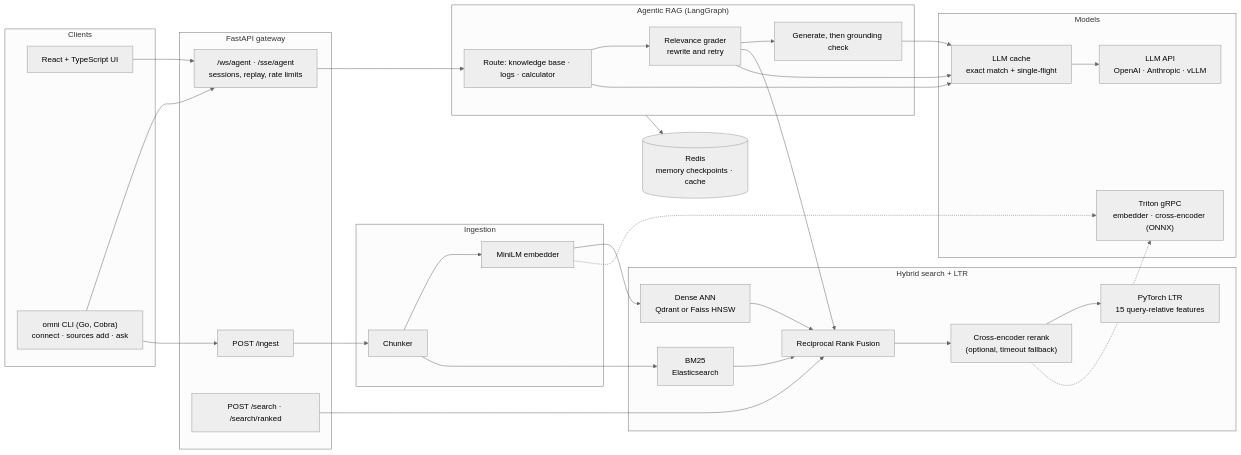
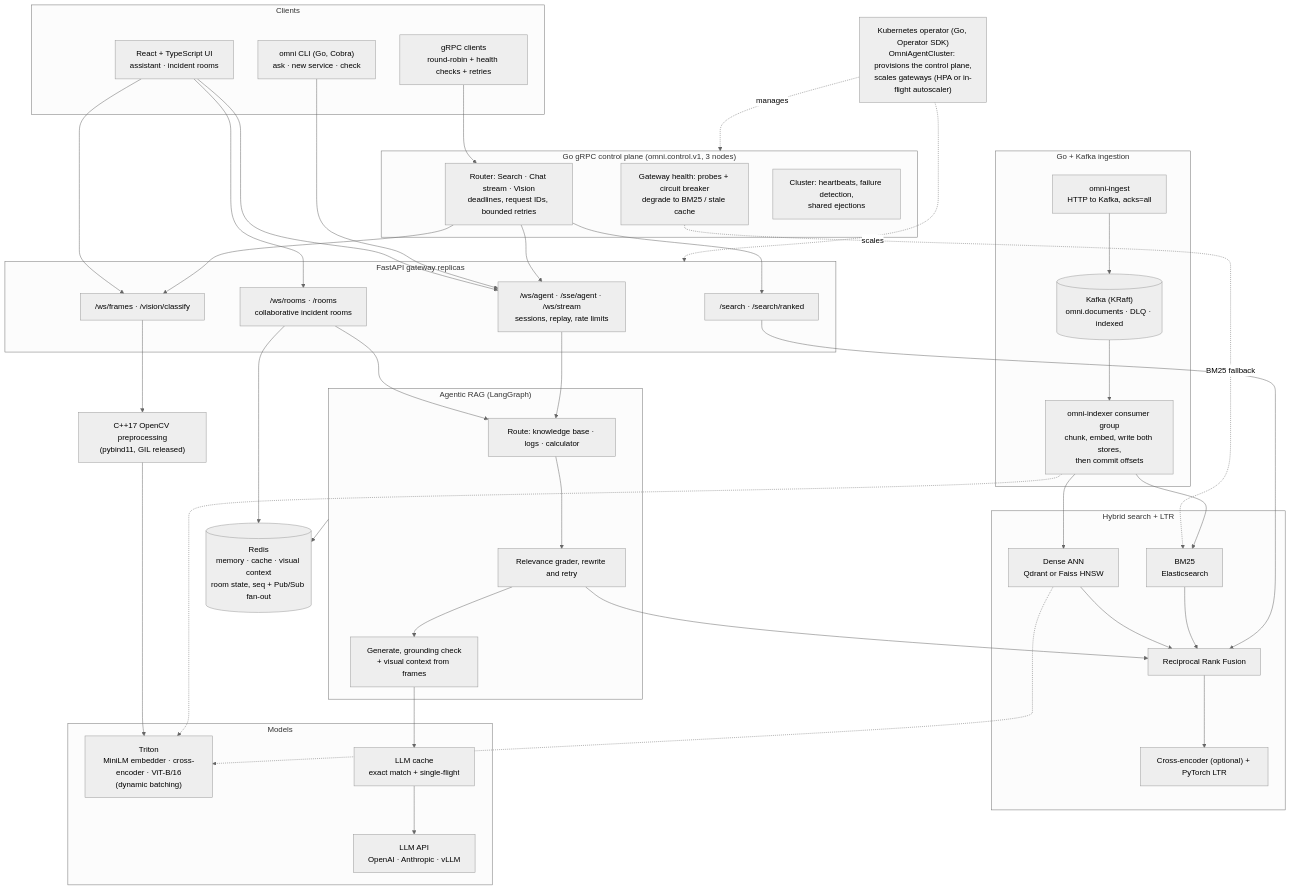
Before and after one commit to JCHETAN26/Omni-agent: the diagram in README.md, drawn with Mermaid (neutral theme). The commit also changed other lines of this file and 64 other files, not shown here.

````diff
--- a/README.md
+++ b/README.md
@@ -26,60 +30,82 @@
 ```mermaid
-flowchart LR
+flowchart TB
     subgraph Clients
-        UI["React + TypeScript UI"]
-        CLI["omni CLI (Go, Cobra)<br/>connect · sources add · ask"]
+        UI["React + TypeScript UI<br/>assistant · incident rooms"]
+        CLI["omni CLI (Go, Cobra)<br/>ask · new service · check"]
+        GRPCC["gRPC clients<br/>round-robin + health checks + retries"]
     end
 
-    subgraph Gateway["FastAPI gateway"]
-        WS["/ws/agent · /sse/agent<br/>sessions, replay, rate limits"]
-        ING["POST /ingest"]
-        SRCH["POST /search · /search/ranked"]
+    subgraph CP["Go gRPC control plane (omni.control.v1, 3 nodes)"]
+        ROUTER["Router: Search · Chat stream · Vision<br/>deadlines, request IDs, bounded retries"]
+        HEALTH["Gateway health: probes + circuit breaker<br/>degrade to BM25 / stale cache"]
+        PEERS["Cluster: heartbeats, failure detection,<br/>shared ejections"]
     end
 
-    subgraph Ingestion
-        CHUNK["Chunker"] --> EMB["MiniLM embedder"]
+    OP["Kubernetes operator (Go, Operator SDK)<br/>OmniAgentCluster: provisions the control plane,<br/>scales gateways (HPA or in-flight autoscaler)"]
+
+    subgraph Gateway["FastAPI gateway replicas"]
+        WS["/ws/agent · /sse/agent · /ws/stream<br/>sessions, replay, rate limits"]
+        ROOMS["/ws/rooms · /rooms<br/>collaborative incident rooms"]
+        FRAMES["/ws/frames · /vision/classify"]
+        SRCH["/search · /search/ranked"]
+    end
+
+    PRE["C++17 OpenCV preprocessing<br/>(pybind11, GIL released)"]
+
+    subgraph Ingest["Go + Kafka ingestion"]
+        OI["omni-ingest<br/>HTTP to Kafka, acks=all"]
+        KAFKA[("Kafka (KRaft)<br/>omni.documents · DLQ · indexed")]
+        IDX["omni-indexer consumer group<br/>chunk, embed, write both stores,<br/>then commit offsets"]
+        OI --> KAFKA --> IDX
     end
 
     subgraph Search["Hybrid search + LTR"]
         DENSE["Dense ANN<br/>Qdrant or Faiss HNSW"]
         BM25["BM25<br/>Elasticsearch"]
         RRF["Reciprocal Rank Fusion"]
-        CE["Cross-encoder rerank<br/>(optional, timeout fallback)"]
-        LTR["PyTorch LTR<br/>15 query-relative features"]
+        LTR["Cross-encoder (optional) + PyTorch LTR"]
         DENSE --> RRF
         BM25 --> RRF
-        RRF --> CE --> LTR
+        RRF --> LTR
     end
 
     subgraph Agent["Agentic RAG (LangGraph)"]
         ROUTE["Route: knowledge base · logs · calculator"]
-        GRADE["Relevance grader<br/>rewrite and retry"]
-        GEN["Generate, then grounding check"]
+        GRADE["Relevance grader, rewrite and retry"]
+        GEN["Generate, grounding check<br/>+ visual context from frames"]
         ROUTE --> GRADE --> GEN
     end
 
     subgraph Models
-        TRITON["Triton gRPC<br/>embedder · cross-encoder (ONNX)"]
+        TRITON["Triton<br/>MiniLM embedder · cross-encoder · ViT-B/16<br/>(dynamic batching)"]
         CACHE["LLM cache<br/>exact match + single-flight"]
         LLM["LLM API<br/>OpenAI · Anthropic · vLLM"]
         CACHE --> LLM
     end
 
-    REDIS[("Redis<br/>memory checkpoints · cache")]
+    REDIS[("Redis<br/>memory · cache · visual context<br/>room state, seq + Pub/Sub fan-out")]
 
     UI --> WS
+    UI --> ROOMS
+    UI --> FRAMES
     CLI --> WS
-    CLI --> ING
-    ING --> CHUNK
-    EMB --> DENSE
-    CHUNK --> BM25
-    EMB -.-> TRITON
+    GRPCC --> ROUTER
+    ROUTER --> SRCH
+    ROUTER --> WS
+    ROUTER --> FRAMES
+    HEALTH -. "BM25 fallback" .-> BM25
+    OP -. manages .-> CP
+    OP -. scales .-> Gateway
+    FRAMES --> PRE --> TRITON
+    ROOMS --> REDIS
+    ROOMS --> ROUTE
     SRCH --> RRF
     WS --> ROUTE
     GRADE --> RRF
-    CE -.-> TRITON
-    ROUTE --> CACHE
-    GRADE --> CACHE
     GEN --> CACHE
     Agent --> REDIS
+    IDX --> DENSE
+    IDX --> BM25
+    IDX -.-> TRITON
+    DENSE -.-> TRITON
 ```
````
